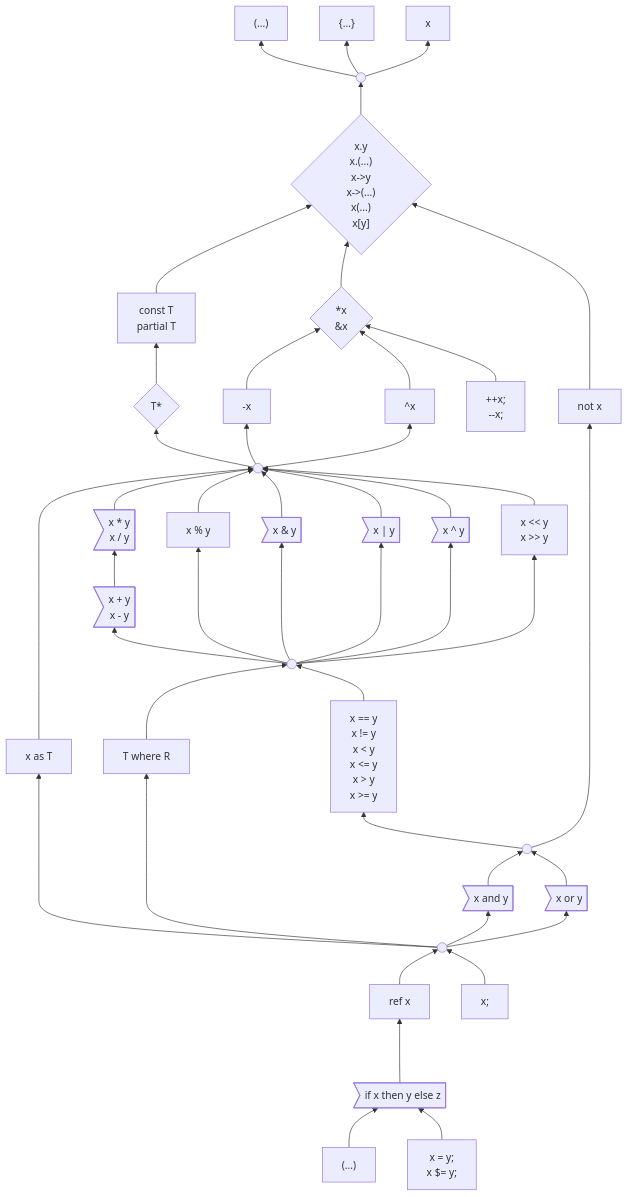
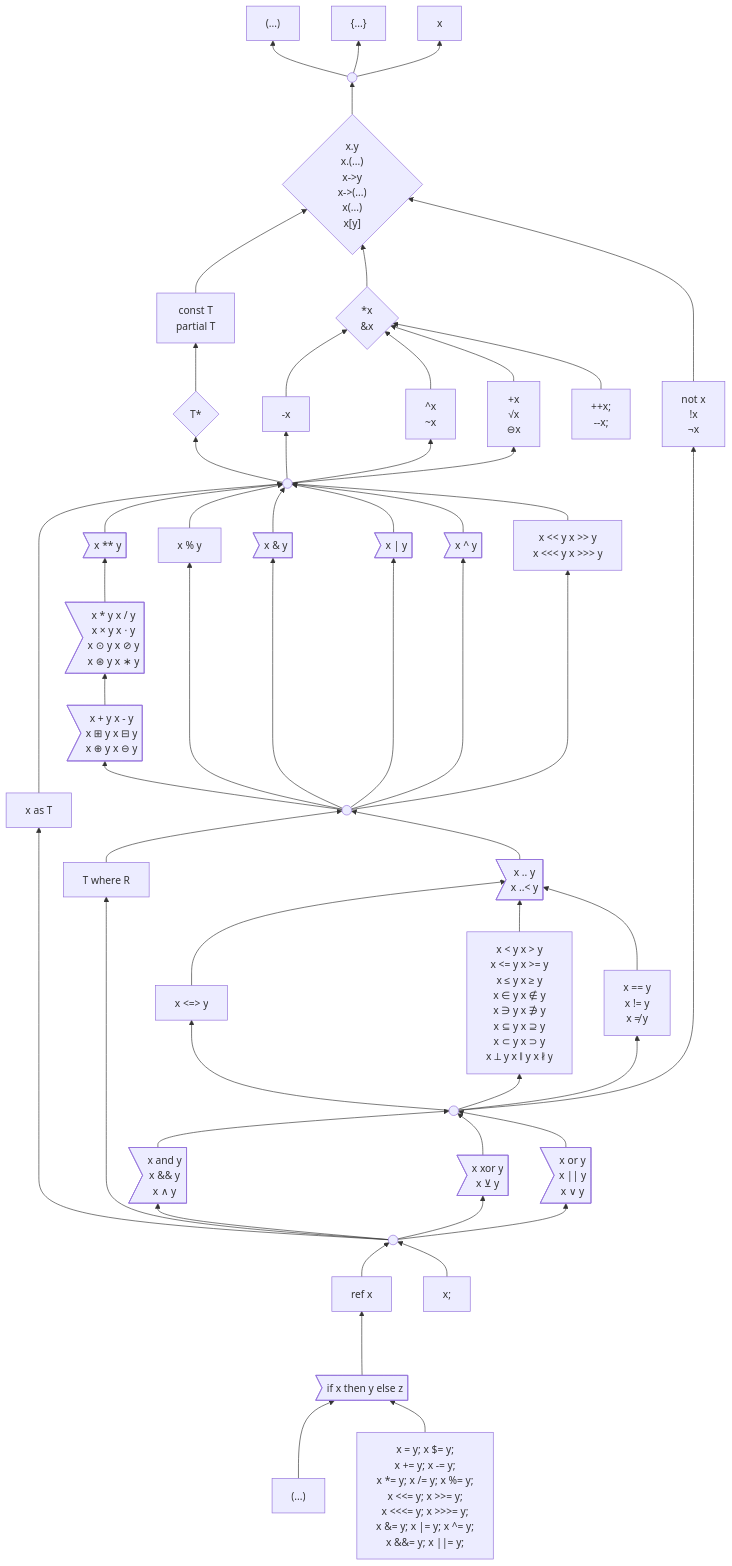
The diagram in 6 .../2 Unfinished Ideas.md (laro/Cilia), drawn with Mermaid before and after one commit. The commit also changed other lines of this file, not shown here.

Commit message:
Update 2 Unfinished Ideas.md

```diff
--- a/6 .../2 Unfinished Ideas.md
+++ b/6 .../2 Unfinished Ideas.md
@@ -181,8 +181,13 @@
     negation["-x"]
     click negation "https://github.com/carbon-language/carbon-lang/blob/trunk/docs/design/expressions/arithmetic.md"
 
-    complement["^x"]
+    complement["^x
+                ~x"]
     click complement "https://github.com/carbon-language/carbon-lang/blob/trunk/docs/design/expressions/bitwise.md"
+
+    prefixMath["+x
+                √x
+                ⊖x"]
 
     incDec["++x;
             --x;"]
@@ -193,12 +198,17 @@
     as["x as T"]
     click as "https://github.com/carbon-language/carbon-lang/blob/trunk/docs/design/expressions/implicit_conversions.md"
 
-    multiplication>"x * y
-                    x / y"]
+    power>"x ** y"]
+
+    multiplication>"x * y      x / y
+                    x × y      x ⋅ y
+                    x ⊙ y      x ⊘ y
+                    x ⊛ y      x ∗ y"]
     click multiplication "https://github.com/carbon-language/carbon-lang/blob/trunk/docs/design/expressions/arithmetic.md"
 
-    addition>"x + y
-              x - y"]
+    addition>"x + y      x - y
+              x ⊞ y      x ⊟ y
+              x ⊕ y      x ⊖ y"]
     click addition "https://github.com/carbon-language/carbon-lang/blob/trunk/docs/design/expressions/arithmetic.md"
 
     modulo["x % y"]
@@ -211,31 +221,52 @@
     click bitwise_or "https://github.com/carbon-language/carbon-lang/blob/trunk/docs/design/expressions/bitwise.md"
     click bitwise_xor "https://github.com/carbon-language/carbon-lang/blob/trunk/docs/design/expressions/bitwise.md"
 
-    shift["x << y
-           x >> y"]
+    shift["x << y     x >> y
+           x <<< y    x >>> y"]
     click shift "https://github.com/carbon-language/carbon-lang/blob/trunk/docs/design/expressions/bitwise.md"
 
     binaryOps((" "))
 
+    range>"x .. y
+           x ..< y"]
+
     where["T where R"]
 
-    comparison["x == y
-                x != y
-                x < y
-                x <= y
-                x > y
-                x >= y"]
+    threeWay["x <=> y"]
+
+    comparison["x < y      x > y
+                x <= y     x >= y
+                x ≤ y      x ≥ y
+                x ∈ y      x ∉ y
+                x ∋ y      x ∌ y
+                x ⊆ y      x ⊇ y
+                x ⊂ y      x ⊃ y
+                x ⟂ y      x ∥ y      x ∦ y"]
     click comparison "https://github.com/carbon-language/carbon-lang/blob/trunk/docs/design/expressions/comparison_operators.md"
 
-    not["not x"]
+    equality["x == y
+              x != y
+              x ≠ y"]
+    click equality "https://github.com/carbon-language/carbon-lang/blob/trunk/docs/design/expressions/comparison_operators.md"
+
+    not["not x
+         !x
+         ¬x"]
     click not "https://github.com/carbon-language/carbon-lang/blob/trunk/docs/design/expressions/logical_operators.md"
 
     logicalOperand((" "))
 
-    and>"x and y"]
+    and>"x and y
+         x && y
+         x ∧ y"]
     click and "https://github.com/carbon-language/carbon-lang/blob/trunk/docs/design/expressions/logical_operators.md"
 
-    or>"x or y"]
+    logicalXor>"x xor y
+                x ⊻ y"]
+
+    or>"x or y
+        x || y
+        x ∨ y"]
     click or "https://github.com/carbon-language/carbon-lang/blob/trunk/docs/design/expressions/logical_operators.md"
 
     logicalExpression((" "))
@@ -247,8 +278,13 @@
 
     insideParens["(...)"]
 
-    assignment["x = y;
-                x $= y;"]
+    assignment["x = y;      x $= y;
+                x += y;     x -= y;
+                x *= y;     x /= y;     x %= y;
+                x <<= y;    x >>= y;
+                x <<<= y;   x >>>= y;
+                x &= y;     x |= y;     x ^= y;
+                x &&= y;    x ||= y;"]
     click assignment "https://github.com/carbon-language/carbon-lang/blob/trunk/docs/design/assignment.md"
 
     expressionStatement["x;"]
@@ -261,8 +297,8 @@
     pointerType --> qualifiedType
 
     pointer --> suffixOps
-    negation & complement & incDec --> pointer
-    unary --> pointerType & negation & complement
+    negation & complement & prefixMath & incDec --> pointer
+    unary --> pointerType & negation & complement & prefixMath
 
     %% Use a longer arrow here to put `not` next to other unary operators
     not ---> suffixOps
@@ -270,20 +306,27 @@
     %% `as` at the same level as `where` and comparisons
     as -----> unary
 
-    multiplication & modulo & bitwise_and & bitwise_or & bitwise_xor & shift --> unary
+    %% `**` binds tighter than multiplication, looser than the prefix/unary operators
+    multiplication --> power
+    power --> unary
+
+    modulo & bitwise_and & bitwise_or & bitwise_xor & shift --> unary
     addition --> multiplication
     binaryOps --> addition & modulo & bitwise_and & bitwise_or & bitwise_xor & shift
 
+    %% Ranges bind looser than arithmetic/bitwise, tighter than the relational operators
+    range --> binaryOps
+
     where --> binaryOps
-    comparison --> binaryOps
-    logicalOperand --> comparison & not
+    threeWay & comparison & equality --> range
+    logicalOperand --> threeWay & comparison & equality & not
 
-    %% This helps group `and` and `or` together
+    %% This helps group `and`, `xor` and `or` together
     classDef hidden display: none;
     HIDDEN:::hidden ~~~ logicalOperand
 
-    and & or --> logicalOperand
-    logicalExpression --> as & where & and & or
+    and & logicalXor & or --> logicalOperand
+    logicalExpression --> as & where & and & logicalXor & or
     ref & expressionStatement --> logicalExpression
     if ---> ref
     insideParens & assignment --> if
```
